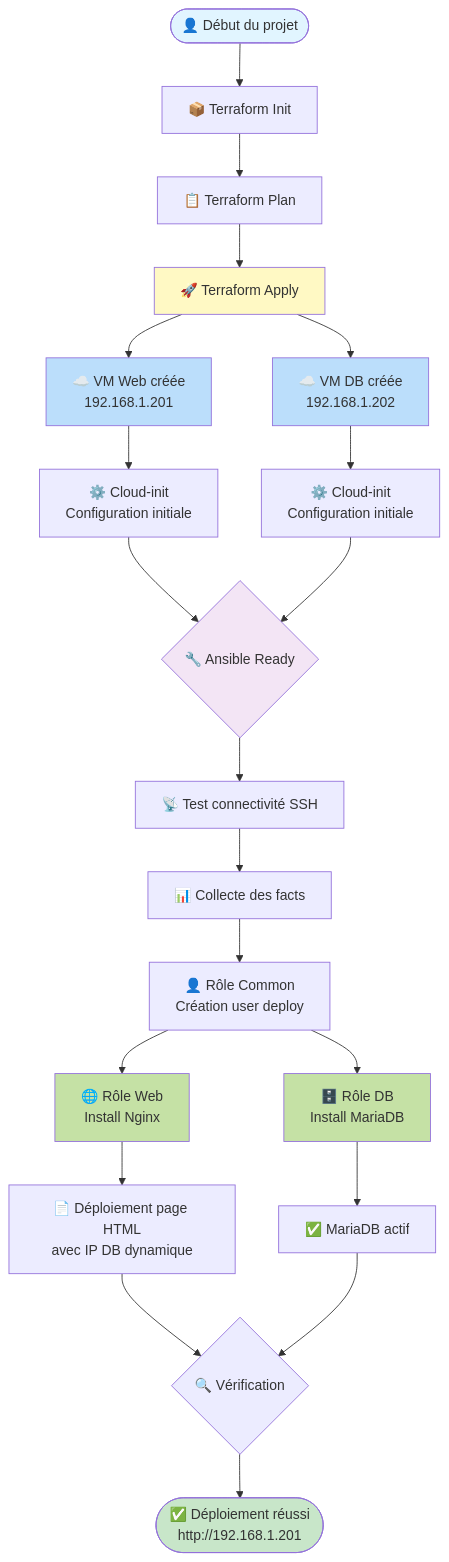
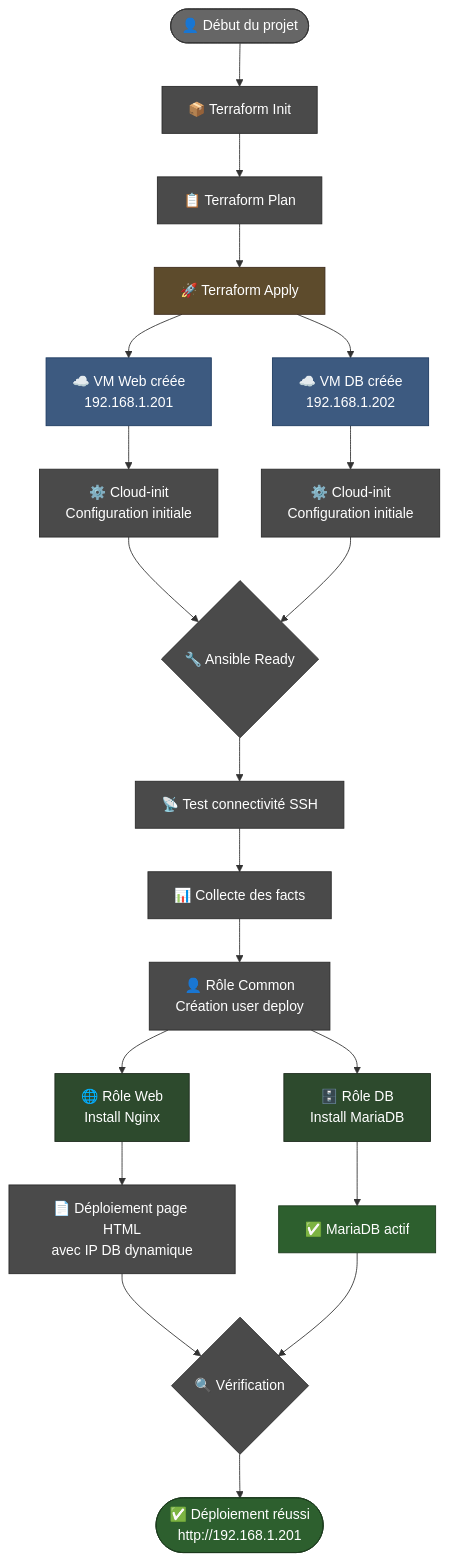
One commit to Scrizik/Ansible_Terraform_VMWP changed the diagram in README.md. Above: the diagram before and after it, drawn with Mermaid. The commit also changed other lines of this file, not shown here.

Commit message:
feat: Ajout schéma mermaid dans le readme.md

````diff
--- a/README.md
+++ b/README.md
@@ -19,40 +9,50 @@
 ```mermaid
 flowchart TD
     Start([👤 Début du projet]) --> TF_Init[📦 Terraform Init]
     TF_Init --> TF_Plan[📋 Terraform Plan]
     TF_Plan --> TF_Apply[🚀 Terraform Apply]
     
     TF_Apply --> VM_Web[☁️ VM Web créée<br/>192.168.1.201]
     TF_Apply --> VM_DB[☁️ VM DB créée<br/>192.168.1.202]
     
     VM_Web --> Cloud_Init_Web[⚙️ Cloud-init<br/>Configuration initiale]
     VM_DB --> Cloud_Init_DB[⚙️ Cloud-init<br/>Configuration initiale]
     
     Cloud_Init_Web --> Ansible_Start{🔧 Ansible Ready}
     Cloud_Init_DB --> Ansible_Start
     
     Ansible_Start --> Ansible_Ping[📡 Test connectivité SSH]
     Ansible_Ping --> Ansible_Facts[📊 Collecte des facts]
     
     Ansible_Facts --> Role_Common[👤 Rôle Common<br/>Création user deploy]
     
     Role_Common --> Role_Web[🌐 Rôle Web<br/>Install Nginx]
     Role_Common --> Role_DB[🗄️ Rôle DB<br/>Install MariaDB]
     
     Role_Web --> Deploy_Page[📄 Déploiement page HTML<br/>avec IP DB dynamique]
     Role_DB --> DB_Ready[✅ MariaDB actif]
     
     Deploy_Page --> Verification{🔍 Vérification}
     DB_Ready --> Verification
     
     Verification --> Success([✅ Déploiement réussi<br/>http://192.168.1.201])
     
-    style Start fill:#e1f5ff
-    style Success fill:#c8e6c9
-    style TF_Apply fill:#fff9c4
-    style Ansible_Start fill:#f3e5f5
-    style VM_Web fill:#bbdefb
-    style VM_DB fill:#bbdefb
-    style Role_Web fill:#c5e1a5
-    style Role_DB fill:#c5e1a5
+    style Start fill:#666,stroke:#333,color:#fff
+    style Success fill:#2d5f2e,stroke:#1b3a1c,color:#fff
+    style TF_Apply fill:#5d4b2c,stroke:#3d2b1c,color:#fff
+    style Ansible_Start fill:#4a4a4a,stroke:#2a2a2a,color:#fff
+    style VM_Web fill:#3d5a80,stroke:#1d3a60,color:#fff
+    style VM_DB fill:#3d5a80,stroke:#1d3a60,color:#fff
+    style Role_Web fill:#2d4a2d,stroke:#1d2a1d,color:#fff
+    style Role_DB fill:#2d4a2d,stroke:#1d2a1d,color:#fff
+    style TF_Init fill:#4a4a4a,stroke:#2a2a2a,color:#fff
+    style TF_Plan fill:#4a4a4a,stroke:#2a2a2a,color:#fff
+    style Cloud_Init_Web fill:#4a4a4a,stroke:#2a2a2a,color:#fff
+    style Cloud_Init_DB fill:#4a4a4a,stroke:#2a2a2a,color:#fff
+    style Ansible_Ping fill:#4a4a4a,stroke:#2a2a2a,color:#fff
+    style Ansible_Facts fill:#4a4a4a,stroke:#2a2a2a,color:#fff
+    style Role_Common fill:#4a4a4a,stroke:#2a2a2a,color:#fff
+    style Deploy_Page fill:#4a4a4a,stroke:#2a2a2a,color:#fff
+    style DB_Ready fill:#2d5f2e,stroke:#1b3a1c,color:#fff
+    style Verification fill:#4a4a4a,stroke:#2a2a2a,color:#fff
 ```
````
